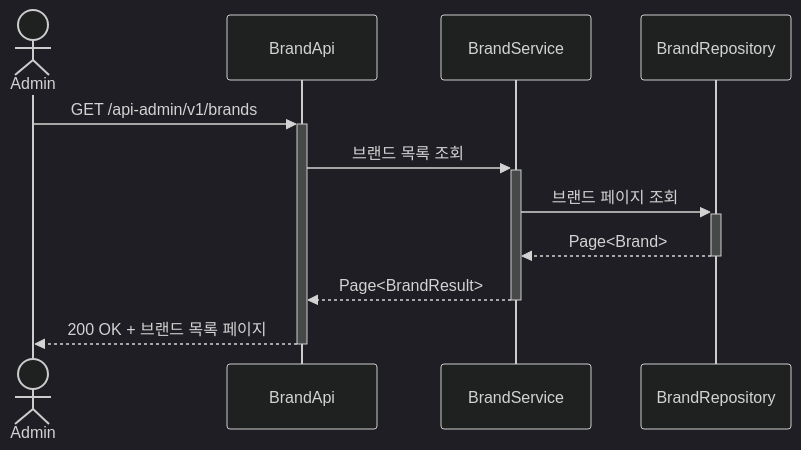
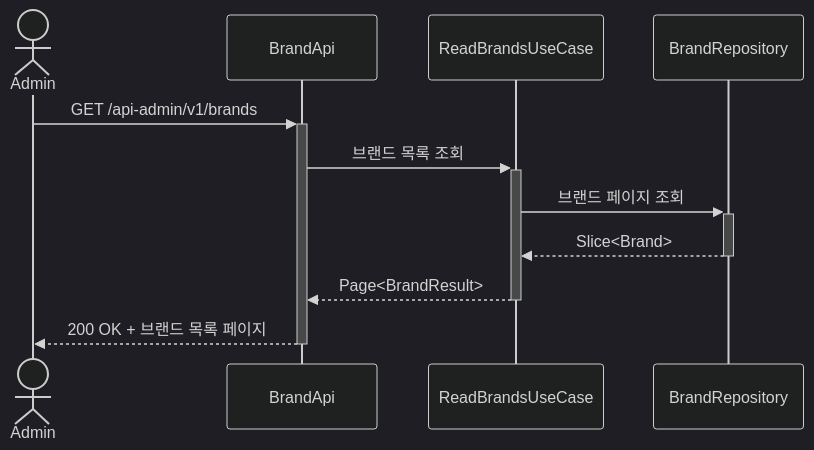
The fourth of 23 diagrams in .docs/design/02-sequence-diagrams.md (Loopers-dev-lab/loop-pack-be-l2-vol3-java), drawn with Mermaid (dark theme) before and after one commit. The commit also changed other lines of this file and 143 other files, not shown here.

````diff
--- a/.docs/design/02-sequence-diagrams.md
+++ b/.docs/design/02-sequence-diagrams.md
@@ -161,14 +170,14 @@
 ```mermaid
 sequenceDiagram
     actor Admin
     participant BrandApi
-    participant BrandService
+    participant ReadBrandsUseCase
     participant BrandRepository
 
     Admin ->>+ BrandApi: GET /api-admin/v1/brands
-    BrandApi ->>+ BrandService: 브랜드 목록 조회
-    BrandService ->>+ BrandRepository: 브랜드 페이지 조회
-    BrandRepository -->>- BrandService: Page<Brand>
-    BrandService -->>- BrandApi: Page<BrandResult>
+    BrandApi ->>+ ReadBrandsUseCase: 브랜드 목록 조회
+    ReadBrandsUseCase ->>+ BrandRepository: 브랜드 페이지 조회
+    BrandRepository -->>- ReadBrandsUseCase: Slice<Brand>
+    ReadBrandsUseCase -->>- BrandApi: Page<BrandResult>
     BrandApi -->>- Admin: 200 OK + 브랜드 목록 페이지
 ```
````
